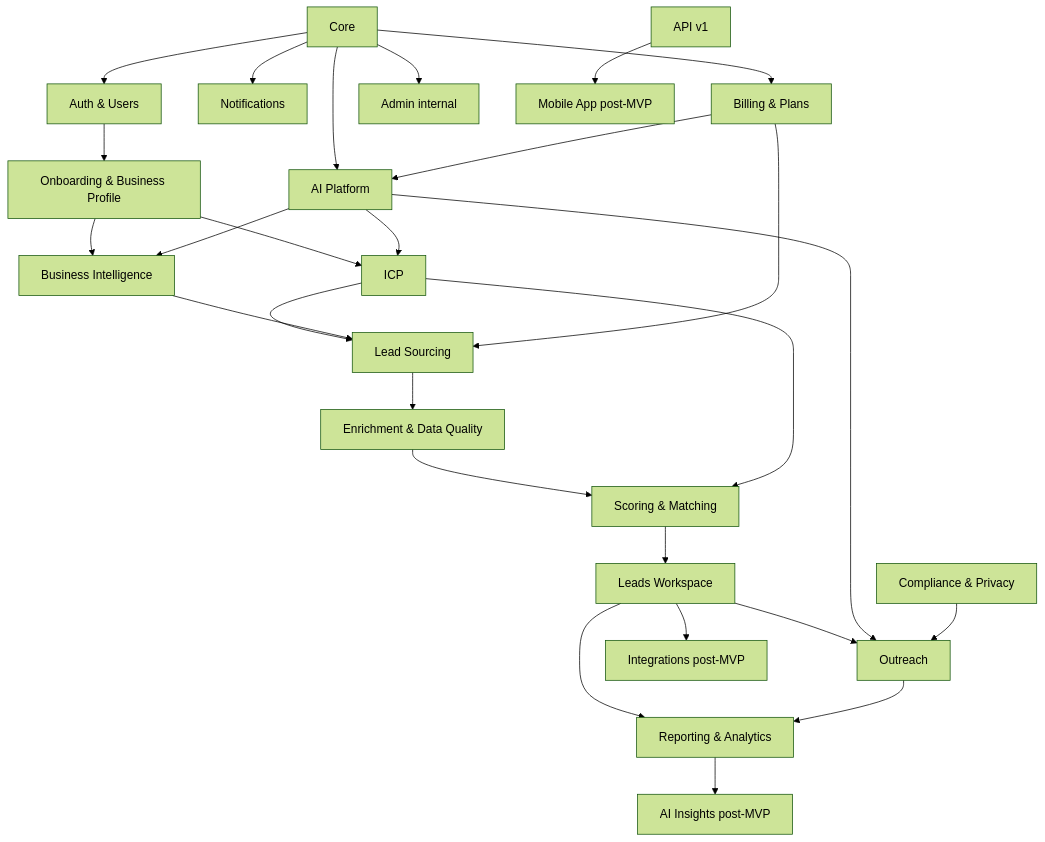
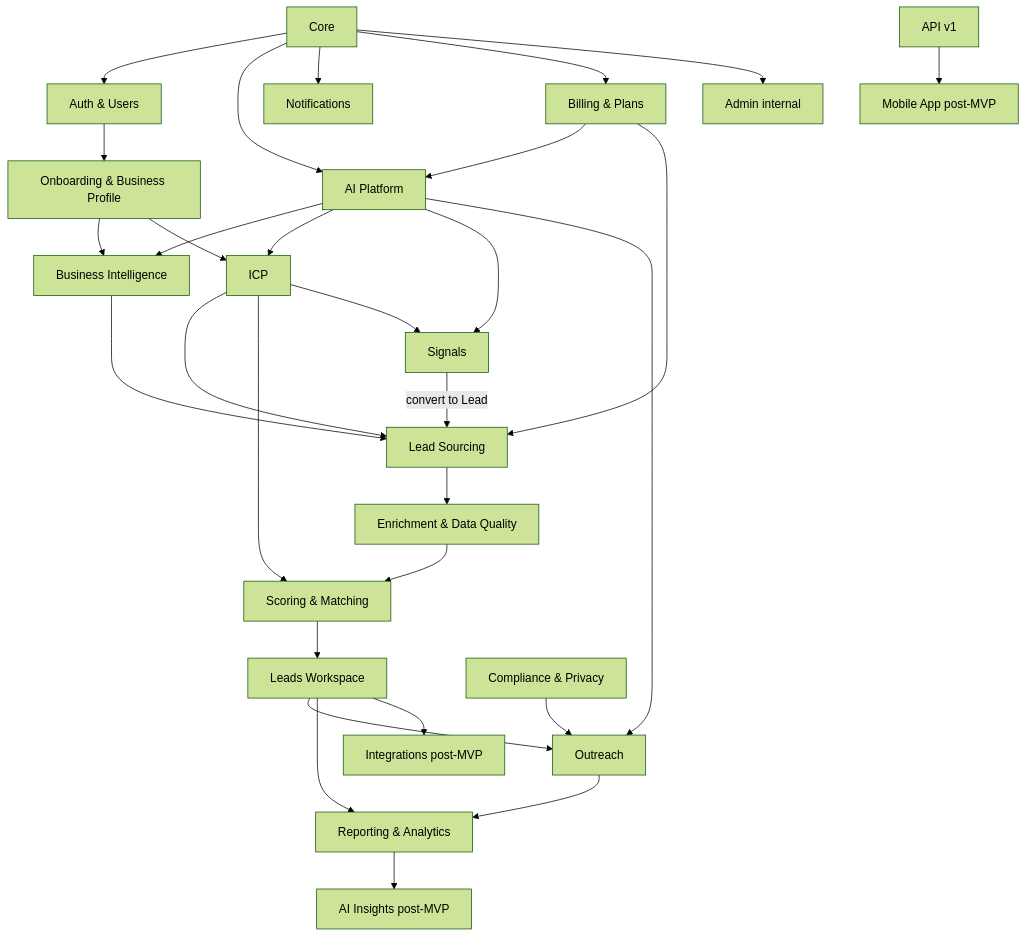
One commit to LordWatson/AlimaProspects changed the second of 2 diagrams in docs/architecture.md. Above: the diagram before and after it, drawn with Mermaid (forest theme). The commit also changed other lines of this file and 8 other files, not shown here.

````diff
--- a/docs/architecture.md
+++ b/docs/architecture.md
@@ -39,29 +39,32 @@
 ```mermaid
 flowchart TD
   Core --> Auth[Auth & Users]
   Core --> AIp[AI Platform]
   Auth --> Onb[Onboarding & Business Profile]
   Onb --> BI[Business Intelligence]
   Onb --> ICP
   AIp --> BI
   AIp --> ICP
   ICP --> LS[Lead Sourcing]
   BI --> LS
   LS --> Enr[Enrichment & Data Quality]
   Enr --> Sc[Scoring & Matching]
   ICP --> Sc
   Sc --> LW[Leads Workspace]
+  AIp --> Sig[Signals]
+  ICP --> Sig
+  Sig -->|convert to Lead| LS
   LW --> Out[Outreach]
   AIp --> Out
   Comp[Compliance & Privacy] --> Out
   LW --> Rep[Reporting & Analytics]
   Out --> Rep
   Rep --> Ins[AI Insights post-MVP]
   Core --> Notif[Notifications]
   Core --> Bill[Billing & Plans]
   Bill --> AIp
   Bill --> LS
   Core --> Admin[Admin internal]
   LW --> Integ[Integrations post-MVP]
   API[API v1] --> Mob[Mobile App post-MVP]
 ```
````
